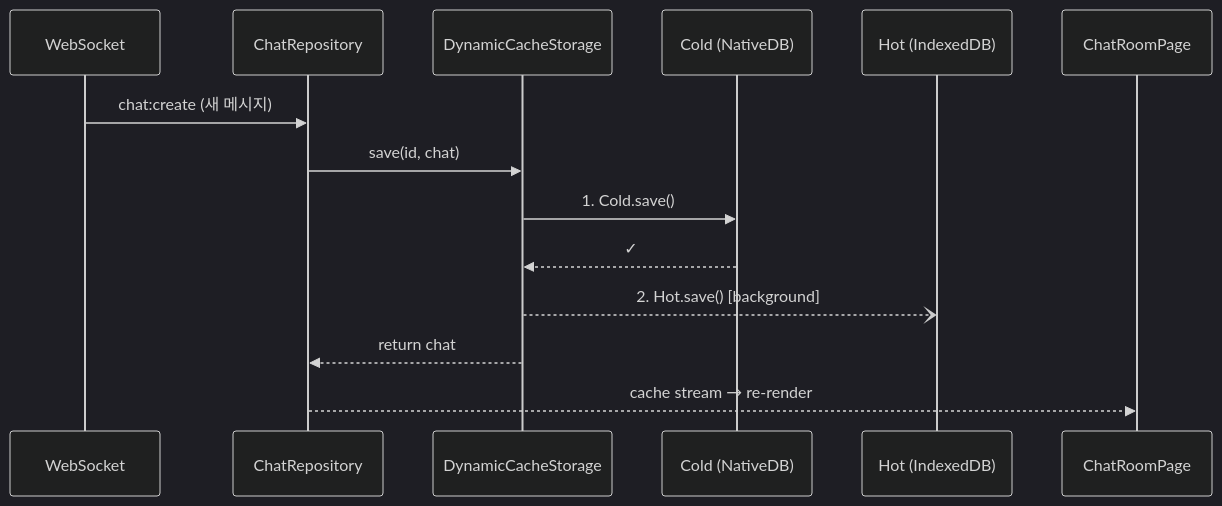
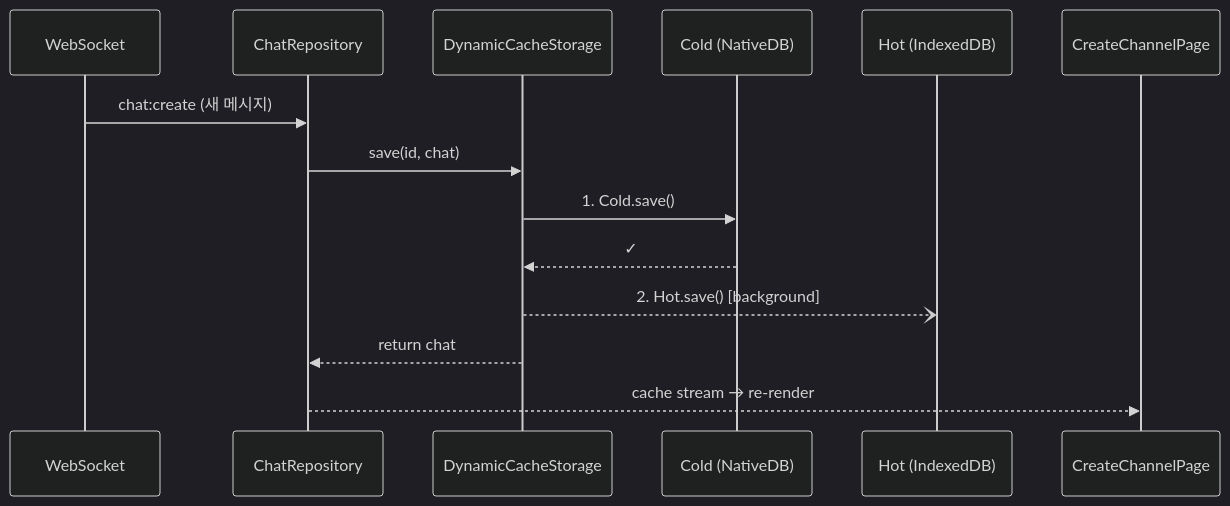
The tenth of 13 diagrams in docs/specs/cache/hot-cold-cache-strategy.md (lemoncloud-io/dou-app), drawn with Mermaid (dark theme) before and after one commit. The commit also changed other lines of this file and 110 other files, not shown here.

````diff
--- a/docs/specs/cache/hot-cold-cache-strategy.md
+++ b/docs/specs/cache/hot-cold-cache-strategy.md
@@ -746,17 +746,17 @@
 ```mermaid
 sequenceDiagram
     participant WS as WebSocket
     participant CR as ChatRepository
     participant DC as DynamicCacheStorage
     participant Cold as Cold (NativeDB)
     participant Hot as Hot (IndexedDB)
-    participant UI as ChatRoomPage
+    participant UI as CreateChannelPage
 
     WS->>CR: chat:create (새 메시지)
     CR->>DC: save(id, chat)
     DC->>Cold: 1. Cold.save()
     Cold-->>DC: ✓
     DC--)Hot: 2. Hot.save() [background]
     DC-->>CR: return chat
     CR-->>UI: cache stream → re-render
 ```
````
